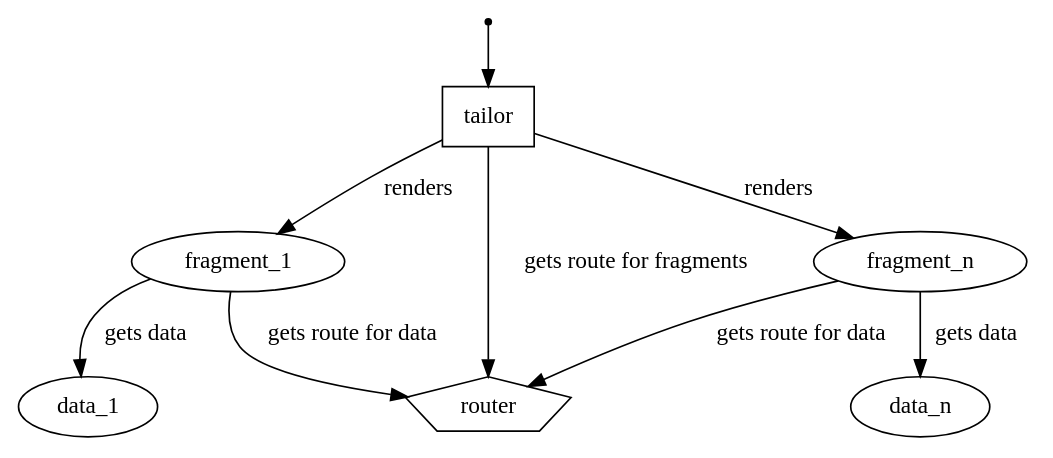
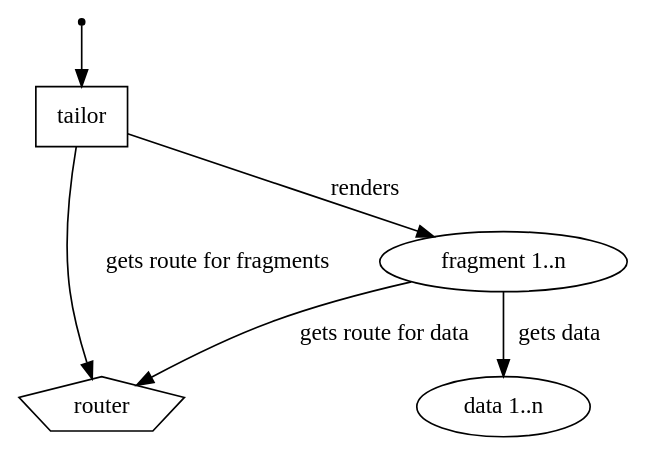
Before and after one commit to beji/tailor-react-renderer: the diagram in schema.dot, drawn with Graphviz.

Commit message:
maybe this would be simpler

```diff
--- a/schema.dot
+++ b/schema.dot
@@ -1,25 +1,17 @@
 digraph {    
     request [shape="point"];
     tailor [shape="box"];
     router [shape="pentagon"];
-    
-    {rank=same; fragment_1, fragment_n};
-    {rank=same; data_1, data_n};
+    fragment [label="fragment 1..n"]
+    data [label="data 1..n"]
 
     request -> tailor;
     tailor -> router [label="gets route for fragments"];
-    tailor -> fragment_1 [label="renders"];        
-
-    tailor -> fragment_n [label="renders"];
+    tailor -> fragment [label="renders"];        
     
     subgraph component_1 {
-        fragment_1 -> data_1 [label="gets data"];        
-        fragment_1 -> router [label="gets route for data"];
-    }
-
-    subgraph component_n {
-        fragment_n -> data_n [label="gets data"];        
-        fragment_n -> router [label="gets route for data"];             
+        fragment -> data [label="gets data"];        
+        fragment -> router [label="gets route for data"];
     }
 
 }
```
